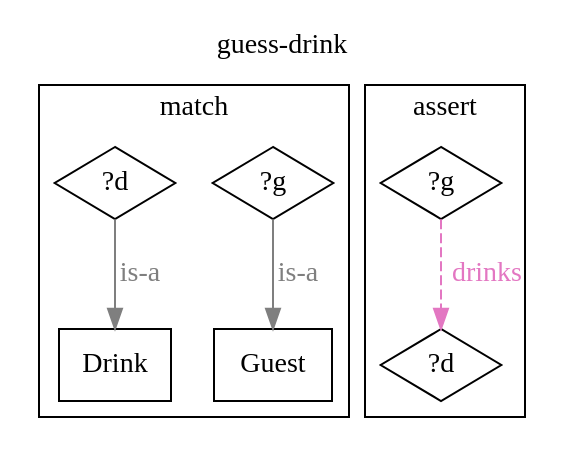
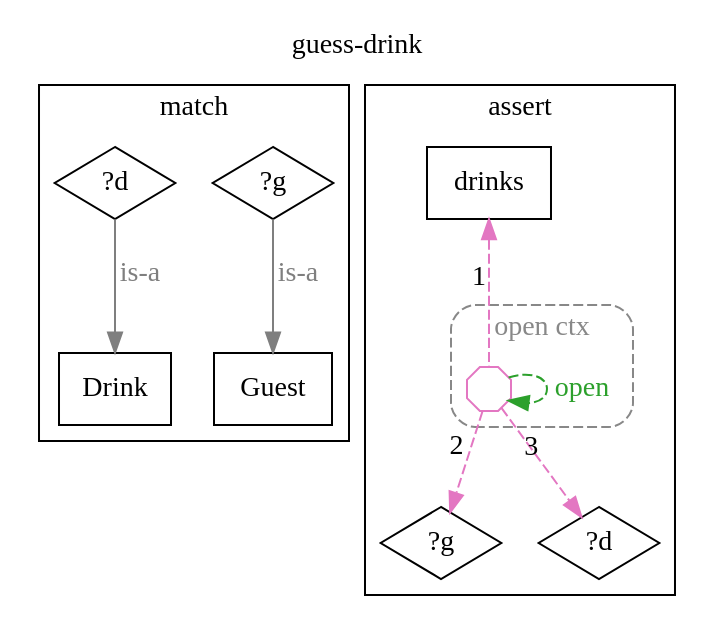
One commit to agutikov/ein changed the diagram in docs/ein/reasoning/02-kb-evolution/diagrams/04-rule-guess-drink.dot. Above: the diagram before and after it, drawn with Graphviz. The commit also changed 119 other files, not shown here.

```diff
--- a/docs/ein/reasoning/02-kb-evolution/diagrams/04-rule-guess-drink.dot
+++ b/docs/ein/reasoning/02-kb-evolution/diagrams/04-rule-guess-drink.dot
@@ -1,18 +1,26 @@
 digraph rule_guess_drink_lhs_rhs {
   rankdir=TB;
   label="guess-drink"; labelloc=t;
   ranksep=0.55;
   subgraph cluster_lhs { label="match";
     "?g_L" [label="?g", shape=diamond];
     "Guest_L" [label="Guest", shape=box];
     "?d_L" [label="?d", shape=diamond];
     "Drink_L" [label="Drink", shape=box];
     "?g_L" -> "Guest_L" [label="is-a", color="#7f7f7f", fontcolor="#7f7f7f"];
     "?d_L" -> "Drink_L" [label="is-a", color="#7f7f7f", fontcolor="#7f7f7f"];
   }
   subgraph cluster_rhs { label="assert";
+    "drinks_R" [label="drinks", shape=box];
     "?g_R" [label="?g", shape=diamond];
     "?d_R" [label="?d", shape=diamond];
-    "?g_R" -> "?d_R" [label="drinks", color="#e377c2", fontcolor="#e377c2", style=dashed];
+    subgraph cluster_ctx_R_0 {
+      label="open ctx"; style="dashed,rounded"; color="#888888"; fontcolor="#888888";
+      "(drinks ?g ?d)_R" [shape=octagon, label="", width=0.3, height=0.3, fixedsize=true, color="#e377c2"];
+    }
+    "(drinks ?g ?d)_R" -> "(drinks ?g ?d)_R" [label="open", color="#2ca02c", fontcolor="#2ca02c", style=dashed];
+    "drinks_R" -> "(drinks ?g ?d)_R" [xlabel="1", dir=back, color="#e377c2", style=dashed];
+    "(drinks ?g ?d)_R" -> "?g_R" [xlabel="2", color="#e377c2", style=dashed];
+    "(drinks ?g ?d)_R" -> "?d_R" [xlabel="3", color="#e377c2", style=dashed];
   }
 }
```
